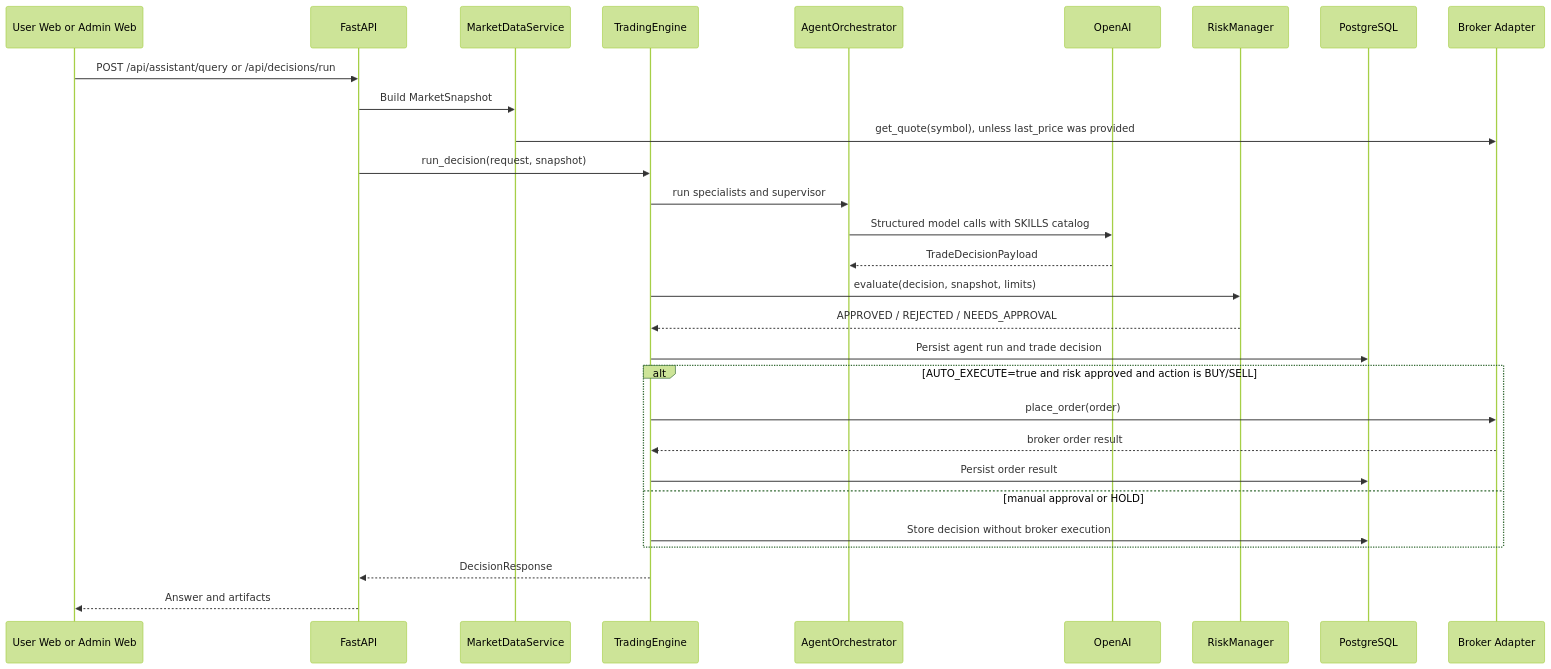
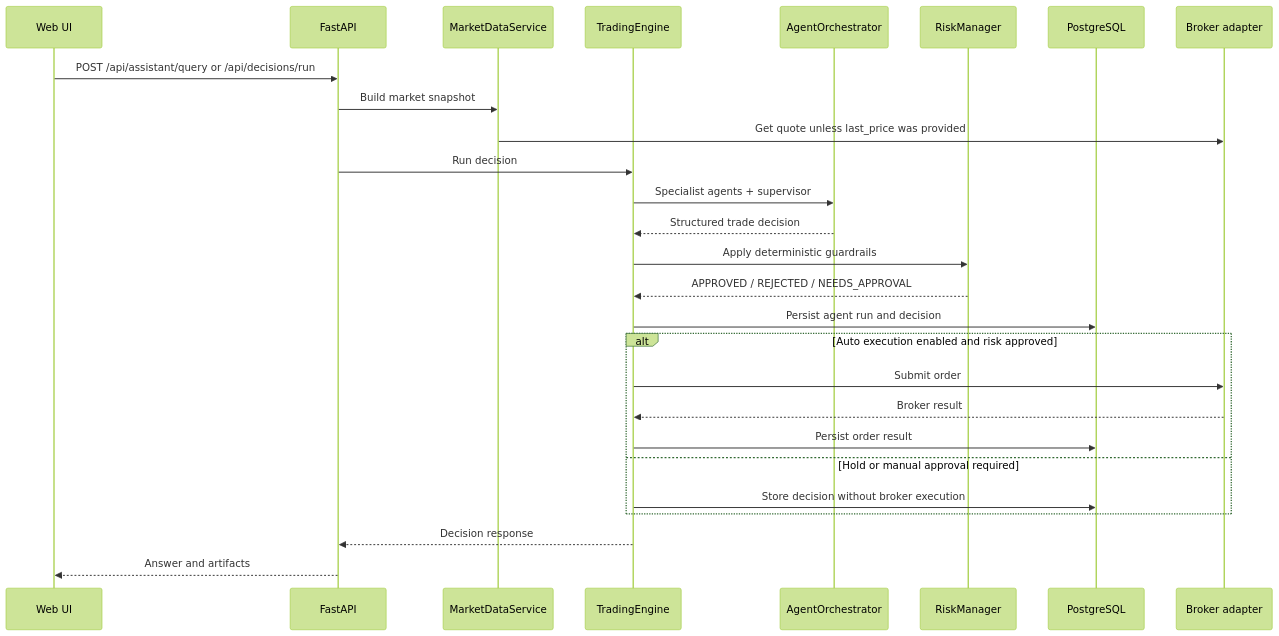
Before and after one commit to dae9999nam/Trade-Pilot: the third of 3 diagrams in README.md, drawn with Mermaid (forest theme). The commit also changed other lines of this file and 9 other files, not shown here.

````diff
--- a/README.md
+++ b/README.md
@@ -105,32 +102,30 @@
 ```mermaid
 sequenceDiagram
-  participant UI as User Web or Admin Web
+  participant UI as Web UI
   participant API as FastAPI
   participant Market as MarketDataService
   participant Engine as TradingEngine
   participant Agents as AgentOrchestrator
-  participant OpenAI as OpenAI
   participant Risk as RiskManager
   participant DB as PostgreSQL
-  participant Broker as Broker Adapter
+  participant Broker as Broker adapter
 
   UI->>API: POST /api/assistant/query or /api/decisions/run
-  API->>Market: Build MarketSnapshot
-  Market->>Broker: get_quote(symbol), unless last_price was provided
-  API->>Engine: run_decision(request, snapshot)
-  Engine->>Agents: run specialists and supervisor
-  Agents->>OpenAI: Structured model calls with SKILLS catalog
-  OpenAI-->>Agents: TradeDecisionPayload
-  Engine->>Risk: evaluate(decision, snapshot, limits)
+  API->>Market: Build market snapshot
+  Market->>Broker: Get quote unless last_price was provided
+  API->>Engine: Run decision
+  Engine->>Agents: Specialist agents + supervisor
+  Agents-->>Engine: Structured trade decision
+  Engine->>Risk: Apply deterministic guardrails
   Risk-->>Engine: APPROVED / REJECTED / NEEDS_APPROVAL
-  Engine->>DB: Persist agent run and trade decision
-  alt AUTO_EXECUTE=true and risk approved and action is BUY/SELL
-    Engine->>Broker: place_order(order)
-    Broker-->>Engine: broker order result
+  Engine->>DB: Persist agent run and decision
+  alt Auto execution enabled and risk approved
+    Engine->>Broker: Submit order
+    Broker-->>Engine: Broker result
     Engine->>DB: Persist order result
-  else manual approval or HOLD
+  else Hold or manual approval required
     Engine->>DB: Store decision without broker execution
   end
-  Engine-->>API: DecisionResponse
+  Engine-->>API: Decision response
   API-->>UI: Answer and artifacts
 ```
````
